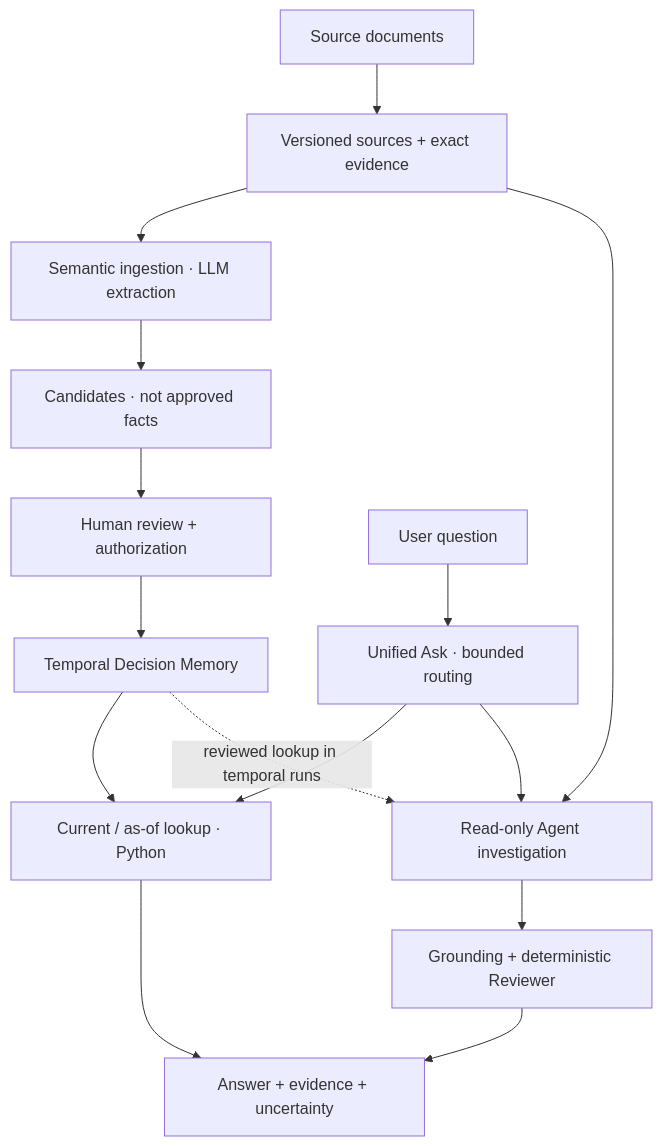
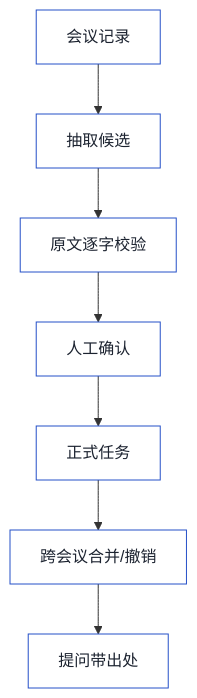
One commit to yefuyou/linkloom changed the diagram in README.md. Above: the diagram before and after it, drawn with Mermaid. The commit also changed other lines of this file and 6 other files, not shown here.

````diff
--- a/README.md
+++ b/README.md
@@ -139,17 +30,10 @@
 ```mermaid
 flowchart TD
-    S["Source documents"] --> V["Versioned sources + exact evidence"]
-    V --> I["Semantic ingestion · LLM extraction"]
-    I --> C["Candidates · not approved facts"]
-    C --> H["Human review + authorization"]
-    H --> M["Temporal Decision Memory"]
-    U["User question"] --> A["Unified Ask · bounded routing"]
-    M --> D["Current / as-of lookup · Python"]
-    A --> D
-    A --> R["Read-only Agent investigation"]
-    V --> R
-    M -. "reviewed lookup in temporal runs" .-> R
-    R --> G["Grounding + deterministic Reviewer"]
-    D --> O["Answer + evidence + uncertainty"]
-    G --> O
+    A["会议记录"] --> B["抽取候选"]
+    B --> C["原文逐字校验"]
+    C --> D["人工确认"]
+    D --> E["正式任务"]
+    E --> F["跨会议合并/撤销"]
+    F --> G["提问带出处"]
+    classDef default fill:#ffffff,stroke:#2550c8,color:#1c2330;
 ```
````
